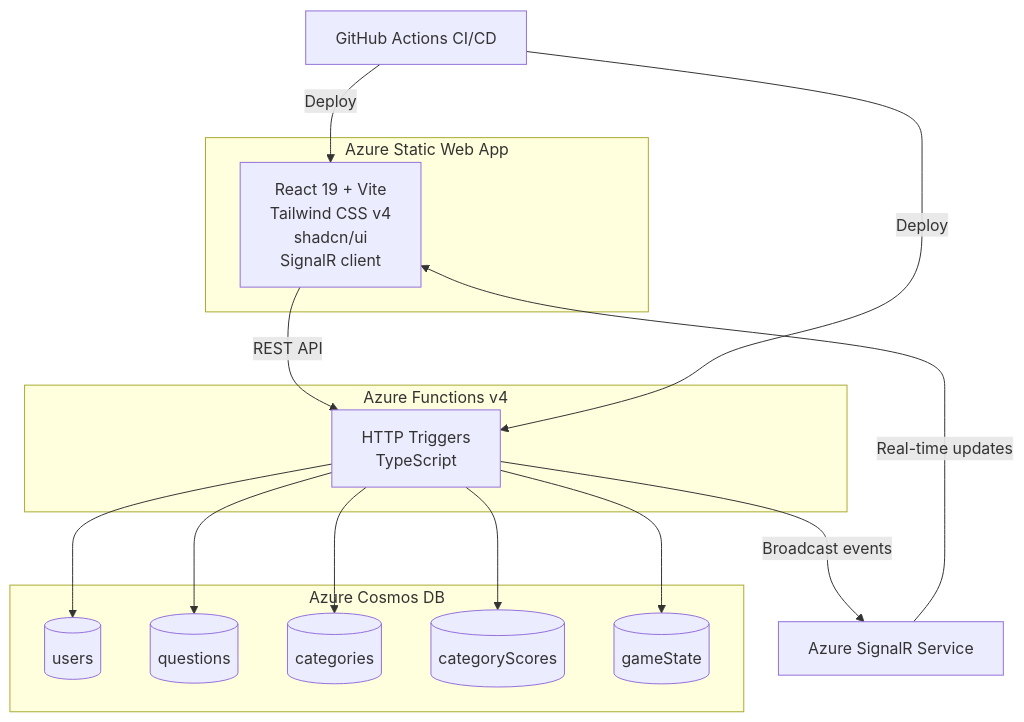
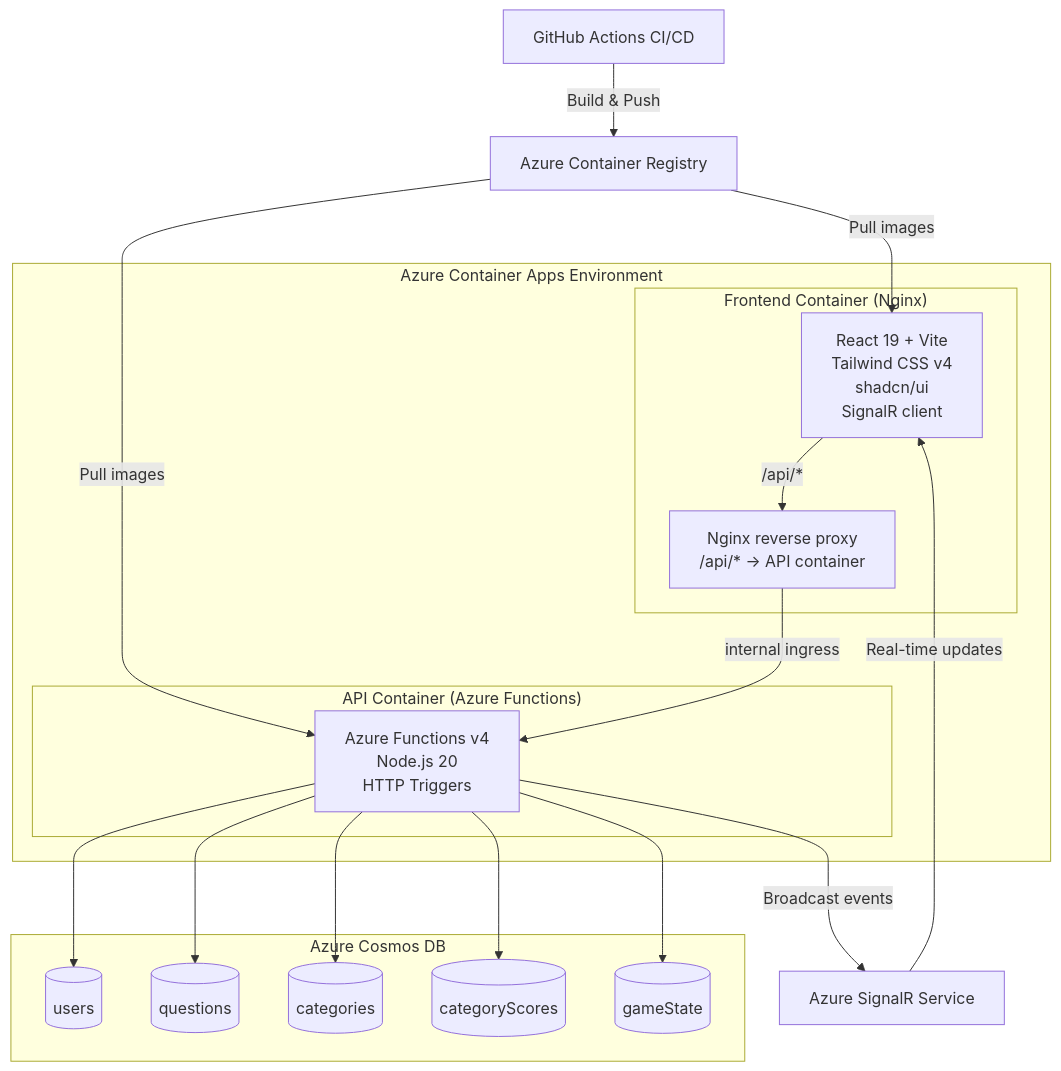
Before and after one commit to brenda-campbell/ghcp-intervals: the diagram in README.md, drawn with Mermaid. The commit also changed other lines of this file, not shown here.

Commit message:
docs: update README for Container Apps architecture

````diff
--- a/README.md
+++ b/README.md
@@ -21,32 +22,38 @@
 ```mermaid
 graph TB
-  subgraph "Azure Static Web App"
-    FE["React 19 + Vite<br/>Tailwind CSS v4<br/>shadcn/ui<br/>SignalR client"]
-  end
-  
-  subgraph "Azure Functions v4"
-    API["HTTP Triggers<br/>TypeScript"]
+  subgraph "Azure Container Apps Environment"
+    subgraph "Frontend Container (Nginx)"
+      FE["React 19 + Vite<br/>Tailwind CSS v4<br/>shadcn/ui<br/>SignalR client"]
+      NX["Nginx reverse proxy<br/>/api/* → API container"]
+    end
+    
+    subgraph "API Container (Azure Functions)"
+      API["Azure Functions v4<br/>Node.js 20<br/>HTTP Triggers"]
+    end
   end
   
   subgraph "Azure Cosmos DB"
     Users[("users")]
     Questions[("questions")]
     Categories[("categories")]
     Scores[("categoryScores")]
     State[("gameState")]
   end
   
+  ACR["Azure Container Registry"]
   SR["Azure SignalR Service"]
   GH["GitHub Actions CI/CD"]
   
-  FE -->|REST API| API
+  FE -->|/api/*| NX
+  NX -->|internal ingress| API
   API --> Users
   API --> Questions
   API --> Categories
   API --> Scores
   API --> State
   API -->|Broadcast events| SR
   SR -->|Real-time updates| FE
-  GH -->|Deploy| FE
-  GH -->|Deploy| API
+  GH -->|Build & Push| ACR
+  ACR -->|Pull images| API
+  ACR -->|Pull images| FE
 ```
````
